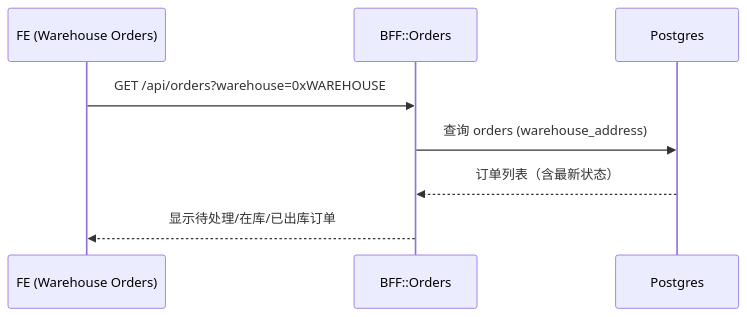
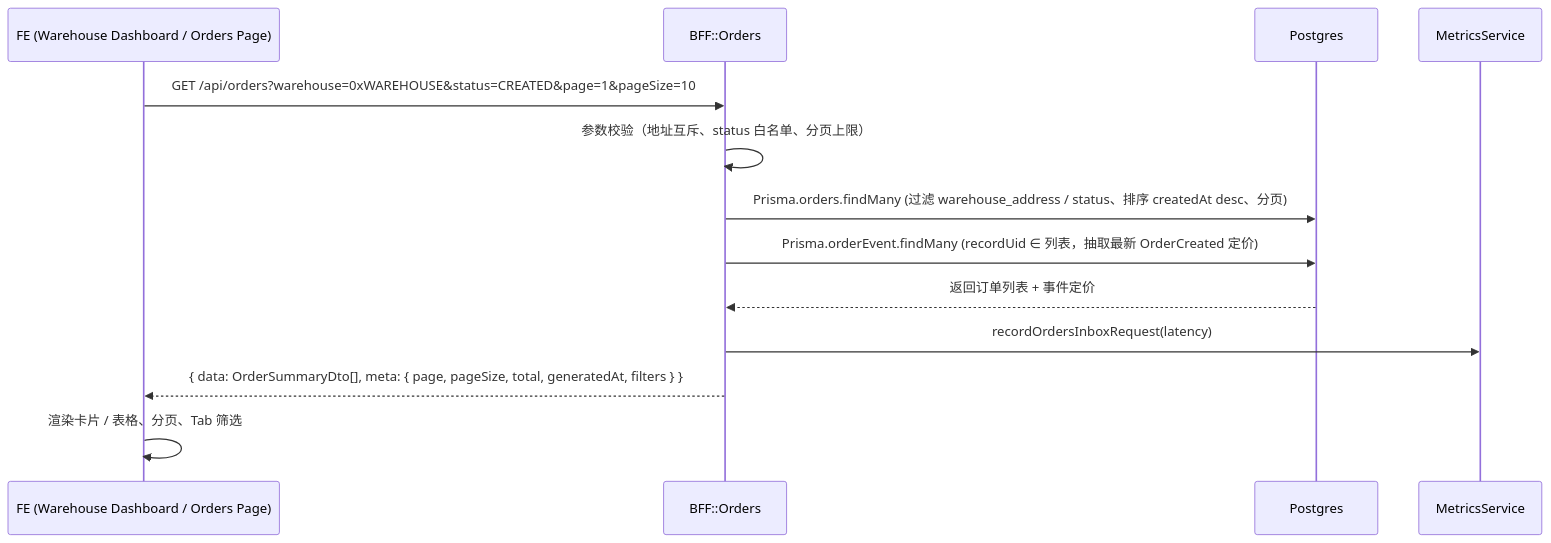
The sixth of 9 diagrams in docs/architecture/10-场景化端到端数据流.md (cyl19970726/haigo), drawn with Mermaid before and after one commit. The commit also changed other lines of this file and 496 other files, not shown here.

````diff
--- a/docs/architecture/10-场景化端到端数据流.md
+++ b/docs/architecture/10-场景化端到端数据流.md
@@ -194,11 +194,16 @@
 ```mermaid
 sequenceDiagram
-  participant FE as FE (Warehouse Orders)
+  participant FE as FE (Warehouse Dashboard / Orders Page)
   participant BFF as BFF::Orders
   participant DB as Postgres
+  participant Metrics as MetricsService
 
-  FE->>BFF: GET /api/orders?warehouse=0xWAREHOUSE
-  BFF->>DB: 查询 orders (warehouse_address)
-  DB-->>BFF: 订单列表（含最新状态）
-  BFF-->>FE: 显示待处理/在库/已出库订单
+  FE->>BFF: GET /api/orders?warehouse=0xWAREHOUSE&status=CREATED&page=1&pageSize=10
+  BFF->>BFF: 参数校验（地址互斥、status 白名单、分页上限）
+  BFF->>DB: Prisma.orders.findMany (过滤 warehouse_address / status、排序 createdAt desc、分页)
+  BFF->>DB: Prisma.orderEvent.findMany (recordUid ∈ 列表，抽取最新 OrderCreated 定价)
+  DB-->>BFF: 返回订单列表 + 事件定价
+  BFF->>Metrics: recordOrdersInboxRequest(latency)
+  BFF-->>FE: { data: OrderSummaryDto[], meta: { page, pageSize, total, generatedAt, filters } }
+  FE->>FE: 渲染卡片 / 表格、分页、Tab 筛选
 ```
````
